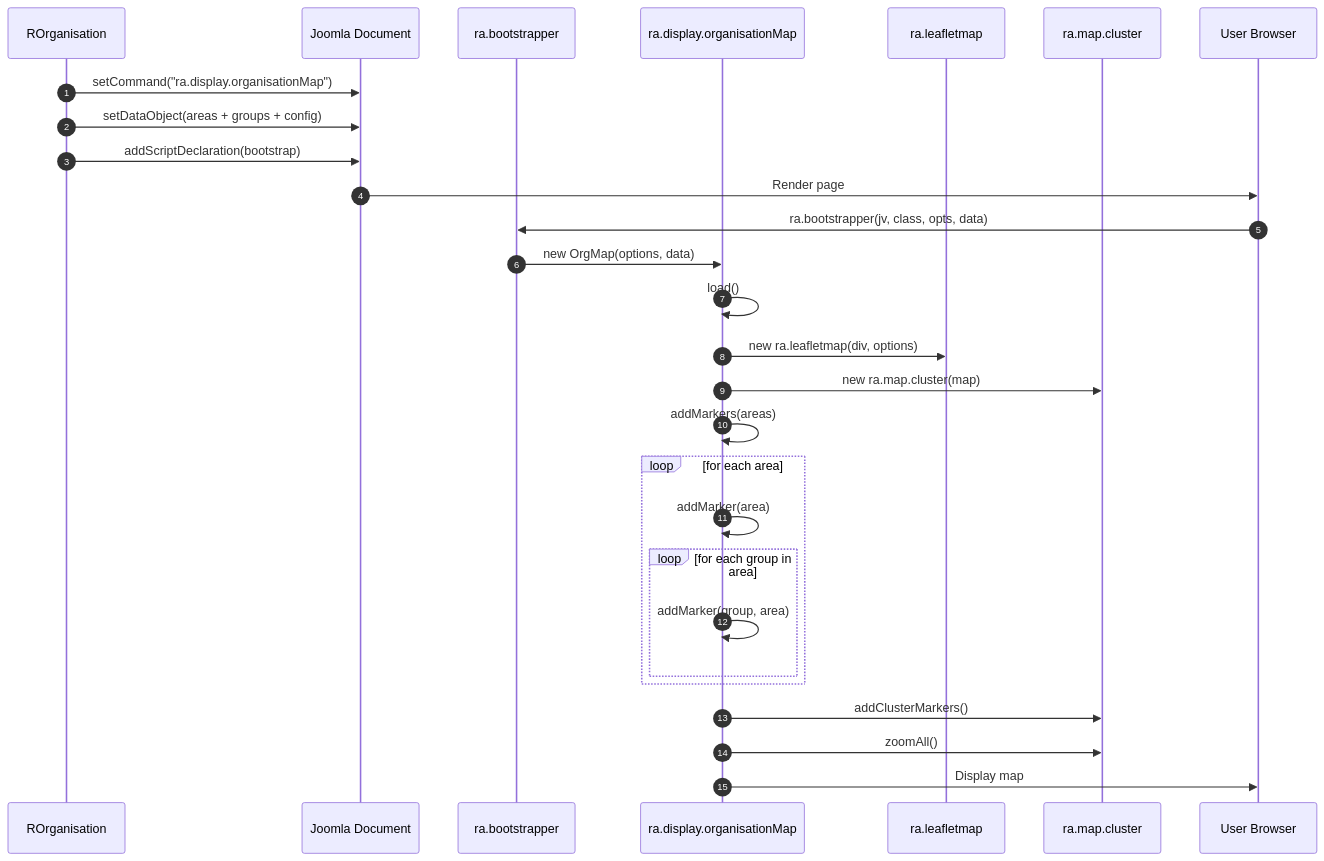
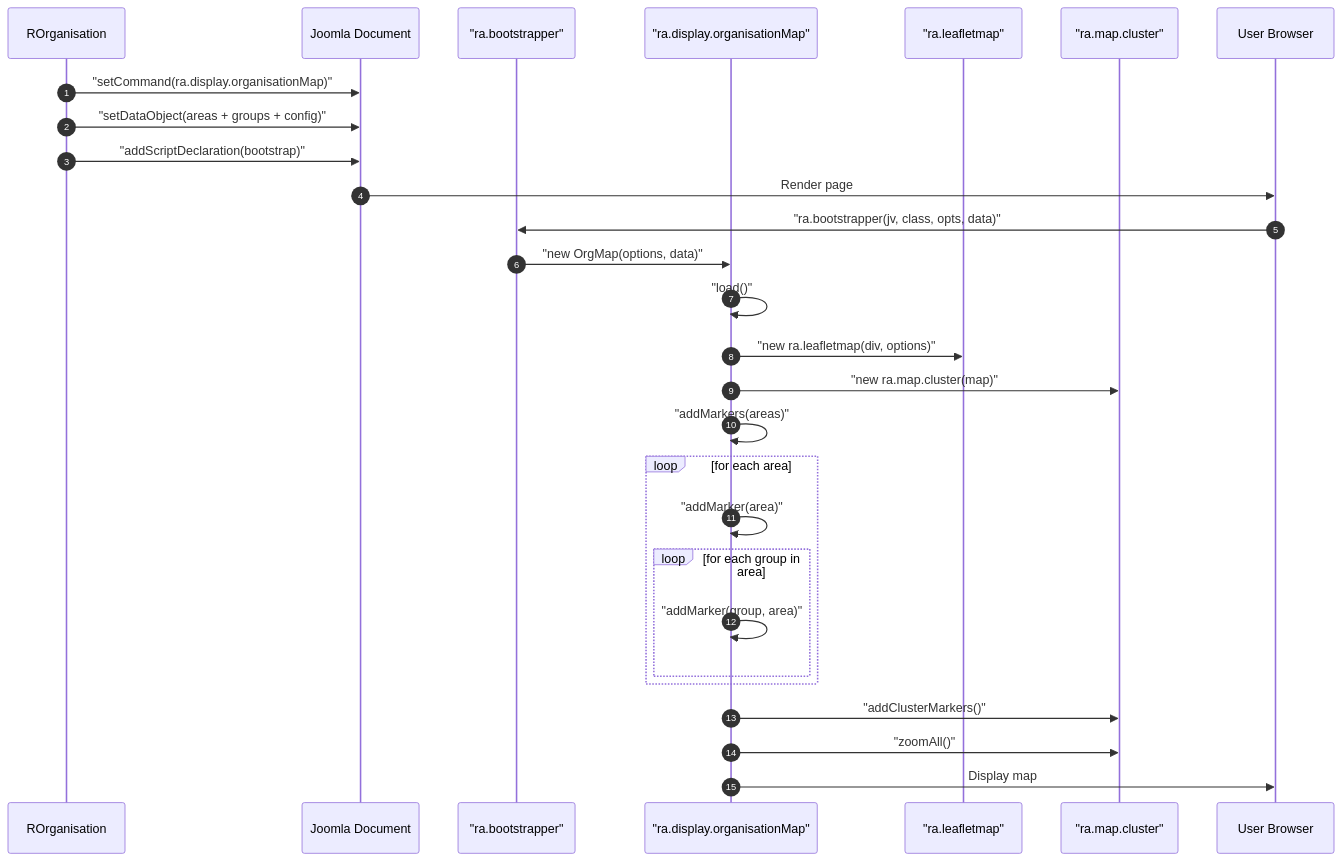
Before and after one commit to pauljrhodes/ramblers-library: the second of 3 diagrams in media/organisation/HLD.md, drawn with Mermaid. The commit also changed other lines of this file and 33 other files, not shown here.

First line of the commit message:
Normalize Mermaid diagrams for GitHub rendering (#13)

````diff
--- a/media/organisation/HLD.md
+++ b/media/organisation/HLD.md
@@ -85,31 +85,31 @@
 ```mermaid
 sequenceDiagram
     autonumber
     participant PHP as ROrganisation
     participant Doc as Joomla Document
-    participant Bootstrap as ra.bootstrapper
-    participant OrgMap as ra.display.organisationMap
-    participant LeafletMap as ra.leafletmap
-    participant Cluster as ra.map.cluster
+    participant Bootstrap as "ra.bootstrapper"
+    participant OrgMap as "ra.display.organisationMap"
+    participant LeafletMap as "ra.leafletmap"
+    participant Cluster as "ra.map.cluster"
     participant User as User Browser
 
-    PHP->>Doc: setCommand("ra.display.organisationMap")
-    PHP->>Doc: setDataObject(areas + groups + config)
-    PHP->>Doc: addScriptDeclaration(bootstrap)
+    PHP->>Doc: "setCommand(ra.display.organisationMap)"
+    PHP->>Doc: "setDataObject(areas + groups + config)"
+    PHP->>Doc: "addScriptDeclaration(bootstrap)"
     Doc->>User: Render page
-    User->>Bootstrap: ra.bootstrapper(jv, class, opts, data)
-    Bootstrap->>OrgMap: new OrgMap(options, data)
-    OrgMap->>OrgMap: load()
-    OrgMap->>LeafletMap: new ra.leafletmap(div, options)
-    OrgMap->>Cluster: new ra.map.cluster(map)
-    OrgMap->>OrgMap: addMarkers(areas)
+    User->>Bootstrap: "ra.bootstrapper(jv, class, opts, data)"
+    Bootstrap->>OrgMap: "new OrgMap(options, data)"
+    OrgMap->>OrgMap: "load()"
+    OrgMap->>LeafletMap: "new ra.leafletmap(div, options)"
+    OrgMap->>Cluster: "new ra.map.cluster(map)"
+    OrgMap->>OrgMap: "addMarkers(areas)"
     loop for each area
-        OrgMap->>OrgMap: addMarker(area)
+        OrgMap->>OrgMap: "addMarker(area)"
         loop for each group in area
-            OrgMap->>OrgMap: addMarker(group, area)
+            OrgMap->>OrgMap: "addMarker(group, area)"
         end
     end
-    OrgMap->>Cluster: addClusterMarkers()
-    OrgMap->>Cluster: zoomAll()
+    OrgMap->>Cluster: "addClusterMarkers()"
+    OrgMap->>Cluster: "zoomAll()"
     OrgMap->>User: Display map
 ```
````
